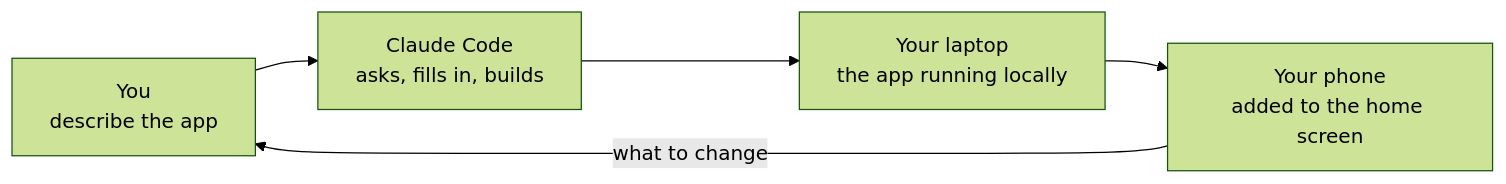
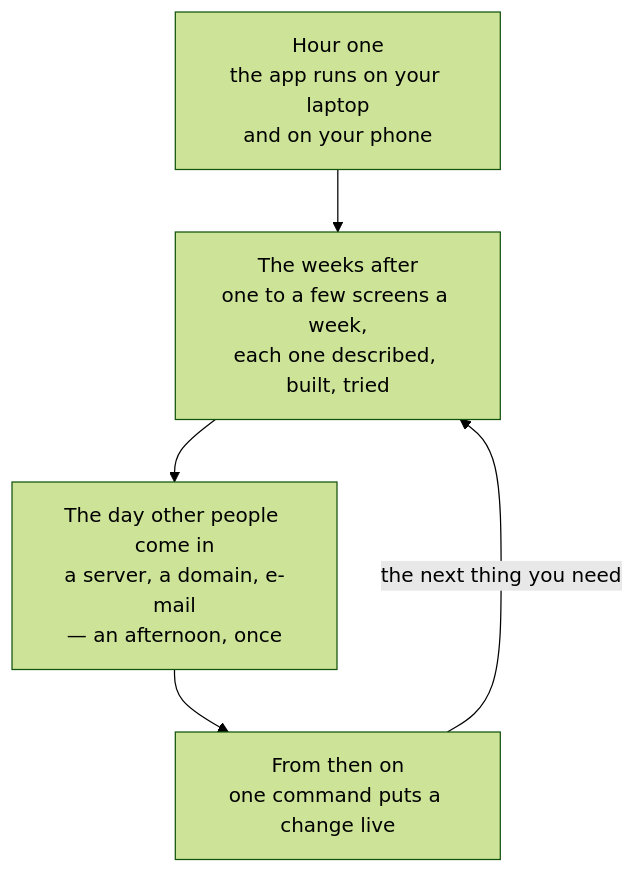
One commit to brocoders/inhouse-ai-starter-kit changed the diagram in docs/site/src/content/docs/guides/start-here.mdx. Above: the diagram before and after it, drawn with Mermaid (forest theme). The commit also changed other lines of this file and 14 other files, not shown here.

````diff
--- a/docs/site/src/content/docs/guides/start-here.mdx
+++ b/docs/site/src/content/docs/guides/start-here.mdx
@@ -67,7 +67,9 @@
 ```mermaid
-flowchart LR
-  A["You<br/>describe the app"] --> B["Claude Code<br/>asks, fills in, builds"]
-  B --> C["Your laptop<br/>the app running locally"]
-  C --> D["Your phone<br/>added to the home screen"]
-  D -->|"what to change"| A
+flowchart TB
+  A["Hour one<br/>the app runs on your laptop<br/>and on your phone"]
+  B["The weeks after<br/>one to a few screens a week,<br/>each one described, built, tried"]
+  C["The day other people come in<br/>a server, a domain, e-mail<br/>— an afternoon, once"]
+  D["From then on<br/>one command puts a change live"]
+  A --> B --> C --> D
+  D -->|"the next thing you need"| B
 ```
````
